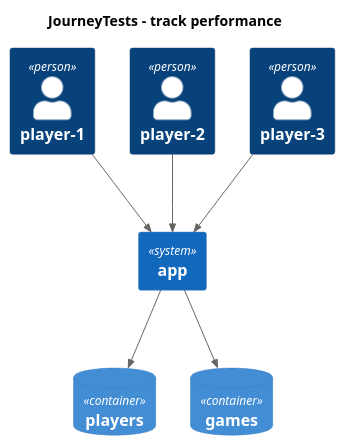
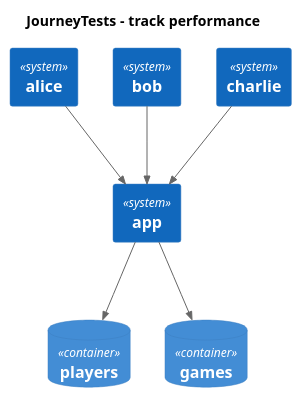
One commit to th3n3rd/http4k-playground changed the diagram in docs/system/generated/JourneyTests - track performance - Interactions.puml. Above: the diagram before and after it, drawn with PlantUML. The commit also changed 5 other files, not shown here.

```diff
--- a/docs/system/generated/JourneyTests - track performance - Interactions.puml
+++ b/docs/system/generated/JourneyTests - track performance - Interactions.puml
@@ -1,18 +1,18 @@
 @startuml
 title JourneyTests - track performance
 
 !include https://raw.githubusercontent.com/plantuml-stdlib/C4-PlantUML/master/C4_Container.puml
 
 
-Person(player1, "player-1")
-Person(player2, "player-2")
-Person(player3, "player-3")
+System(alice, "alice")
+System(bob, "bob")
+System(charlie, "charlie")
 System(app, "app")
 ContainerDb(players, "players")
 ContainerDb(games, "games")    
-Rel_D(player1, app, " ") 
+Rel_D(alice, app, " ") 
 Rel_D(app, players, " ") 
 Rel_D(app, games, " ") 
-Rel_D(player2, app, " ") 
-Rel_D(player3, app, " ")     
+Rel_D(bob, app, " ") 
+Rel_D(charlie, app, " ")     
 @enduml
```
